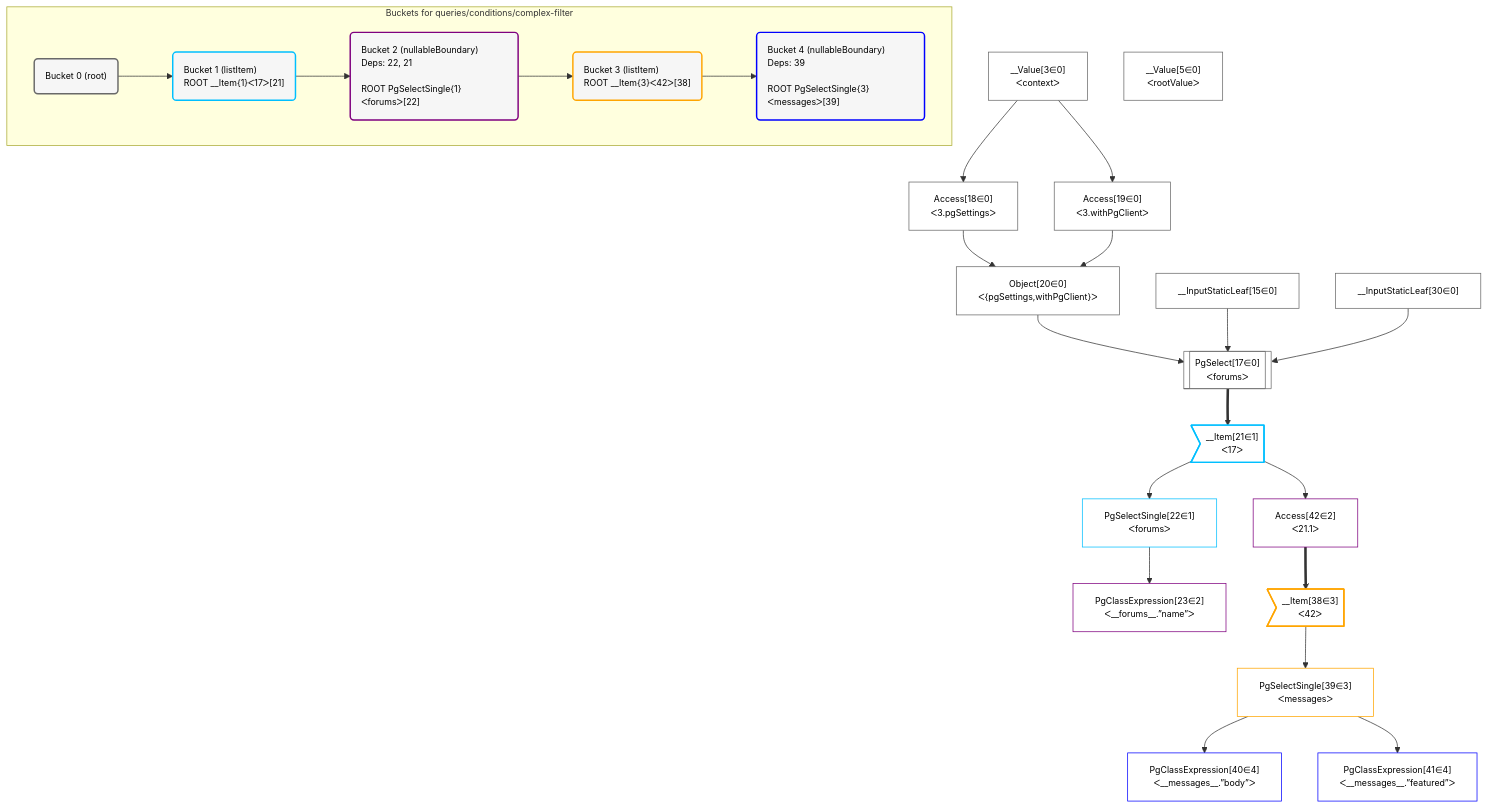
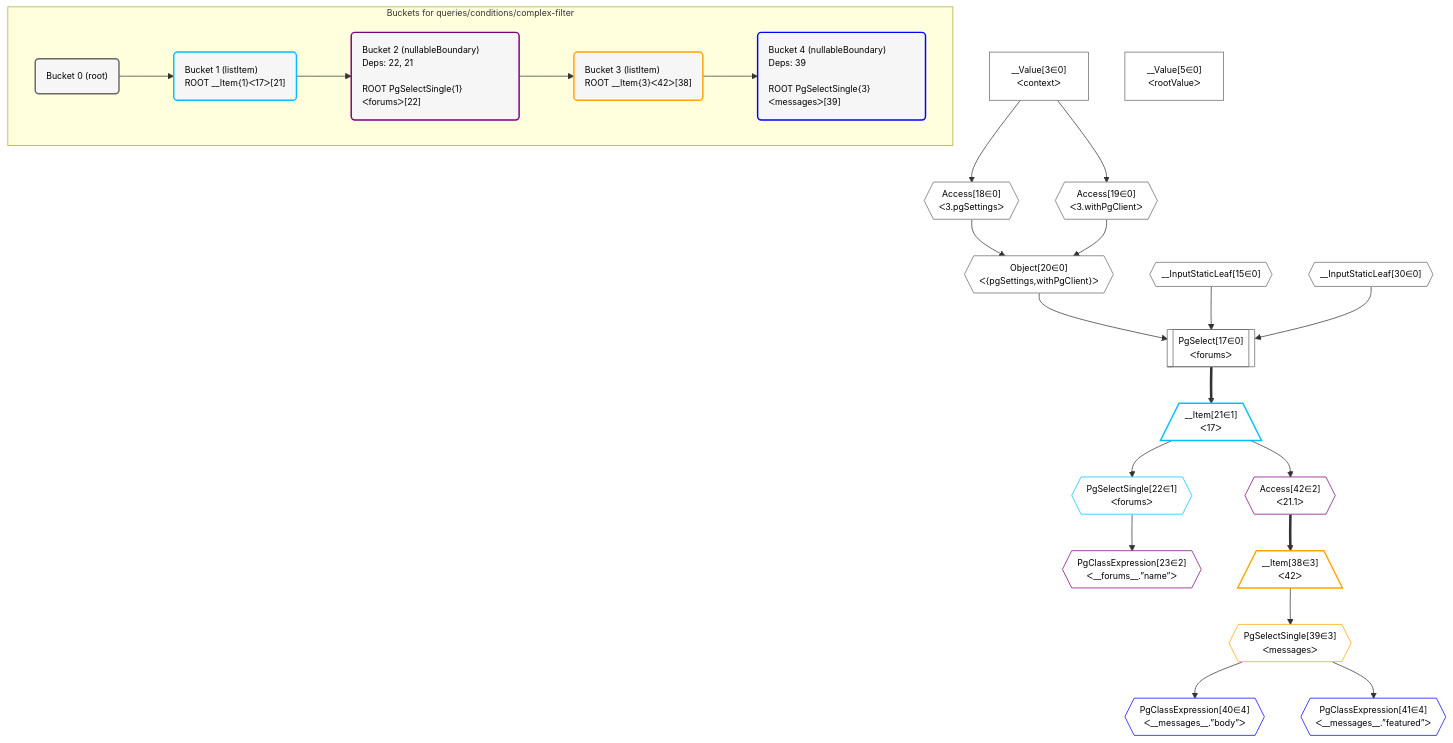
The diagram in grafast/dataplan-pg/__tests__/queries/conditions/complex-filter.mermaid (graphile/crystal), drawn with Mermaid before and after one commit. The commit also changed 178 other files, not shown here.

```diff
--- a/grafast/dataplan-pg/__tests__/queries/conditions/complex-filter.mermaid
+++ b/grafast/dataplan-pg/__tests__/queries/conditions/complex-filter.mermaid
@@ -1,62 +1,63 @@
 %%{init: {'themeVariables': { 'fontSize': '12px'}}}%%
 graph TD
     classDef path fill:#eee,stroke:#000,color:#000
     classDef plan fill:#fff,stroke-width:1px,color:#000
     classDef itemplan fill:#fff,stroke-width:2px,color:#000
-    classDef sideeffectplan fill:#f00,stroke-width:2px,color:#000
+    classDef unbatchedplan fill:#dff,stroke-width:1px,color:#000
+    classDef sideeffectplan fill:#fcc,stroke-width:2px,color:#000
     classDef bucket fill:#f6f6f6,color:#000,stroke-width:2px,text-align:left
 
 
     %% define steps
     __Value3["__Value[3∈0]<br />ᐸcontextᐳ"]:::plan
     __Value5["__Value[5∈0]<br />ᐸrootValueᐳ"]:::plan
-    __InputStaticLeaf15["__InputStaticLeaf[15∈0]"]:::plan
-    Access18["Access[18∈0]<br />ᐸ3.pgSettingsᐳ"]:::plan
-    Access19["Access[19∈0]<br />ᐸ3.withPgClientᐳ"]:::plan
-    Object20["Object[20∈0]<br />ᐸ{pgSettings,withPgClient}ᐳ"]:::plan
-    __InputStaticLeaf30["__InputStaticLeaf[30∈0]"]:::plan
+    __InputStaticLeaf15{{"__InputStaticLeaf[15∈0]"}}:::plan
+    Access18{{"Access[18∈0]<br />ᐸ3.pgSettingsᐳ"}}:::plan
+    Access19{{"Access[19∈0]<br />ᐸ3.withPgClientᐳ"}}:::plan
+    Object20{{"Object[20∈0]<br />ᐸ{pgSettings,withPgClient}ᐳ"}}:::plan
+    __InputStaticLeaf30{{"__InputStaticLeaf[30∈0]"}}:::plan
     PgSelect17[["PgSelect[17∈0]<br />ᐸforumsᐳ"]]:::plan
-    __Item21>"__Item[21∈1]<br />ᐸ17ᐳ"]:::itemplan
-    PgSelectSingle22["PgSelectSingle[22∈1]<br />ᐸforumsᐳ"]:::plan
-    PgClassExpression23["PgClassExpression[23∈2]<br />ᐸ__forums__.”name”ᐳ"]:::plan
-    Access42["Access[42∈2]<br />ᐸ21.1ᐳ"]:::plan
-    __Item38>"__Item[38∈3]<br />ᐸ42ᐳ"]:::itemplan
-    PgSelectSingle39["PgSelectSingle[39∈3]<br />ᐸmessagesᐳ"]:::plan
-    PgClassExpression40["PgClassExpression[40∈4]<br />ᐸ__messages__.”body”ᐳ"]:::plan
-    PgClassExpression41["PgClassExpression[41∈4]<br />ᐸ__messages__.”featured”ᐳ"]:::plan
+    __Item21[/"__Item[21∈1]<br />ᐸ17ᐳ"\]:::itemplan
+    PgSelectSingle22{{"PgSelectSingle[22∈1]<br />ᐸforumsᐳ"}}:::plan
+    PgClassExpression23{{"PgClassExpression[23∈2]<br />ᐸ__forums__.”name”ᐳ"}}:::plan
+    Access42{{"Access[42∈2]<br />ᐸ21.1ᐳ"}}:::plan
+    __Item38[/"__Item[38∈3]<br />ᐸ42ᐳ"\]:::itemplan
+    PgSelectSingle39{{"PgSelectSingle[39∈3]<br />ᐸmessagesᐳ"}}:::plan
+    PgClassExpression40{{"PgClassExpression[40∈4]<br />ᐸ__messages__.”body”ᐳ"}}:::plan
+    PgClassExpression41{{"PgClassExpression[41∈4]<br />ᐸ__messages__.”featured”ᐳ"}}:::plan
 
     %% plan dependencies
     __Value3 --> Access18
     __Value3 --> Access19
     Access18 & Access19 --> Object20
     Object20 & __InputStaticLeaf15 & __InputStaticLeaf30 --> PgSelect17
     PgSelect17 ==> __Item21
     __Item21 --> PgSelectSingle22
     PgSelectSingle22 --> PgClassExpression23
     __Item21 --> Access42
     Access42 ==> __Item38
     __Item38 --> PgSelectSingle39
     PgSelectSingle39 --> PgClassExpression40
     PgSelectSingle39 --> PgClassExpression41
 
     subgraph "Buckets for queries/conditions/complex-filter"
     Bucket0("Bucket 0 (root)"):::bucket
     classDef bucket0 stroke:#696969
     class Bucket0,__Value3,__Value5,__InputStaticLeaf15,PgSelect17,Access18,Access19,Object20,__InputStaticLeaf30 bucket0
     Bucket1("Bucket 1 (listItem)<br />ROOT __Item{1}ᐸ17ᐳ[21]"):::bucket
     classDef bucket1 stroke:#00bfff
     class Bucket1,__Item21,PgSelectSingle22 bucket1
     Bucket2("Bucket 2 (nullableBoundary)<br />Deps: 22, 21<br /><br />ROOT PgSelectSingle{1}ᐸforumsᐳ[22]"):::bucket
     classDef bucket2 stroke:#7f007f
     class Bucket2,PgClassExpression23,Access42 bucket2
     Bucket3("Bucket 3 (listItem)<br />ROOT __Item{3}ᐸ42ᐳ[38]"):::bucket
     classDef bucket3 stroke:#ffa500
     class Bucket3,__Item38,PgSelectSingle39 bucket3
     Bucket4("Bucket 4 (nullableBoundary)<br />Deps: 39<br /><br />ROOT PgSelectSingle{3}ᐸmessagesᐳ[39]"):::bucket
     classDef bucket4 stroke:#0000ff
     class Bucket4,PgClassExpression40,PgClassExpression41 bucket4
     Bucket0 --> Bucket1
     Bucket1 --> Bucket2
     Bucket2 --> Bucket3
     Bucket3 --> Bucket4
     end
```
